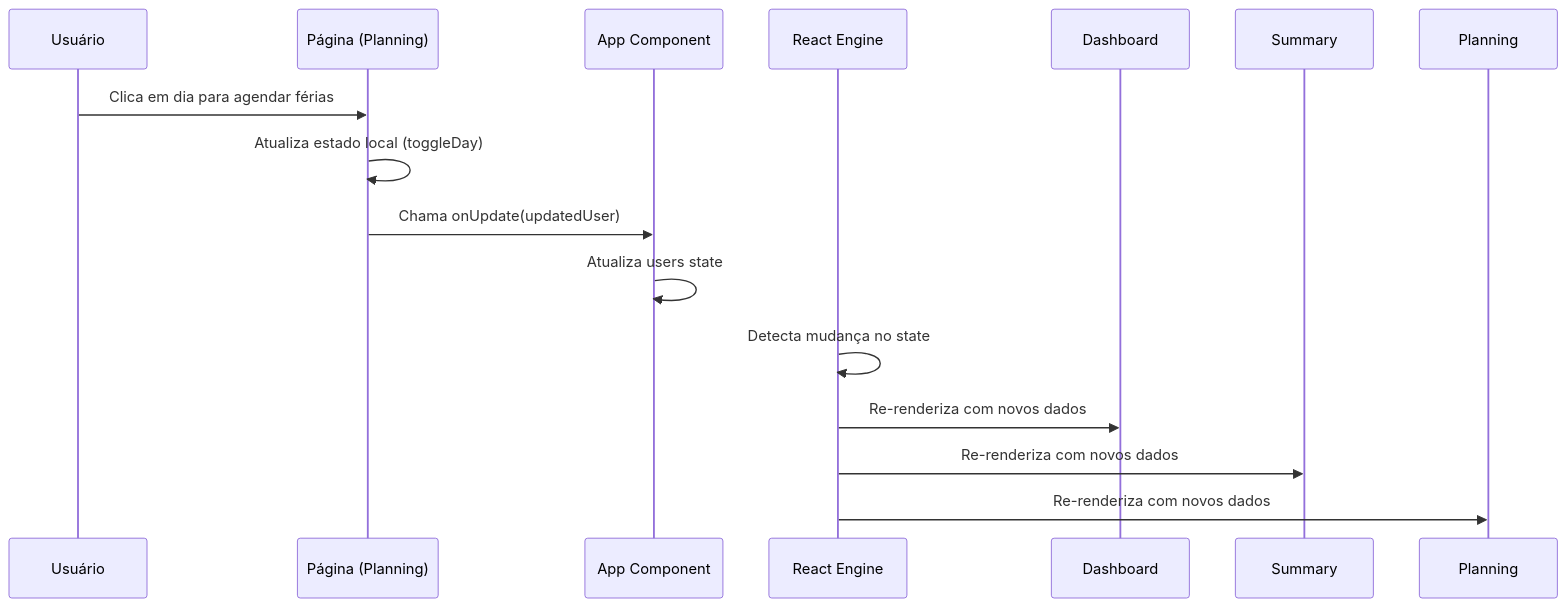
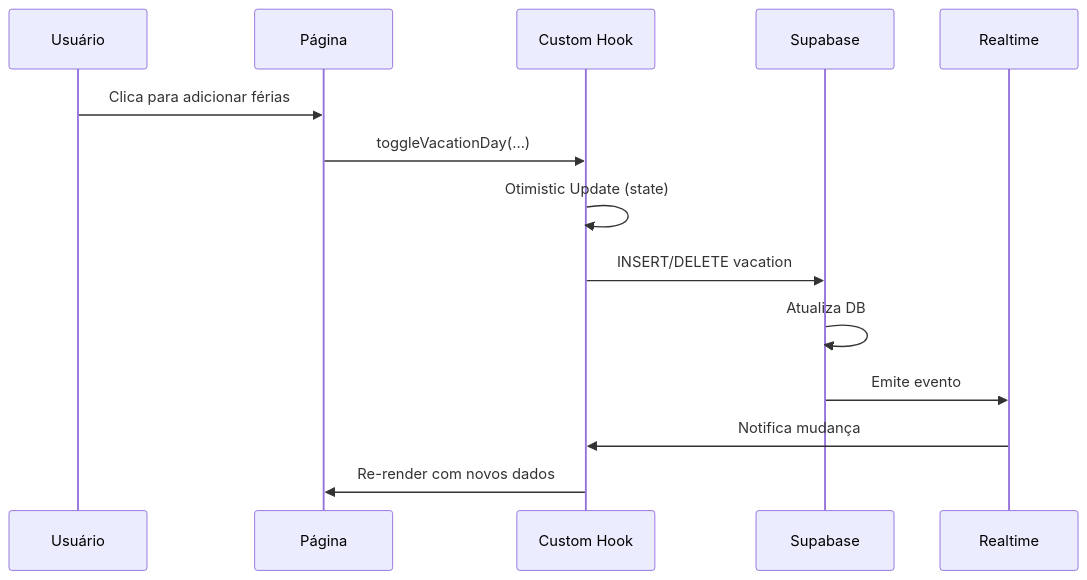
One commit to OlosLive/holidayGo changed the sixth of 9 diagrams in docs/ARCHITECTURE.md. Above: the diagram before and after it, drawn with Mermaid. The commit also changed other lines of this file and 25 other files, not shown here.

First line of the commit message:
feat: integração completa com Supabase

````diff
--- a/docs/ARCHITECTURE.md
+++ b/docs/ARCHITECTURE.md
@@ -189,16 +359,17 @@
 ```mermaid
 sequenceDiagram
     participant User as Usuário
-    participant Page as Página (Planning)
-    participant App as App Component
-    participant React as React Engine
+    participant Page as Página
+    participant Hook as Custom Hook
+    participant Supabase as Supabase
+    participant Realtime as Realtime
     
-    User->>Page: Clica em dia para agendar férias
-    Page->>Page: Atualiza estado local (toggleDay)
-    Page->>App: Chama onUpdate(updatedUser)
-    App->>App: Atualiza users state
-    React->>React: Detecta mudança no state
-    React->>Dashboard: Re-renderiza com novos dados
-    React->>Summary: Re-renderiza com novos dados
-    React->>Planning: Re-renderiza com novos dados
+    User->>Page: Clica para adicionar férias
+    Page->>Hook: toggleVacationDay(...)
+    Hook->>Hook: Otimistic Update (state)
+    Hook->>Supabase: INSERT/DELETE vacation
+    Supabase->>Supabase: Atualiza DB
+    Supabase->>Realtime: Emite evento
+    Realtime->>Hook: Notifica mudança
+    Hook->>Page: Re-render com novos dados
 ```
````
